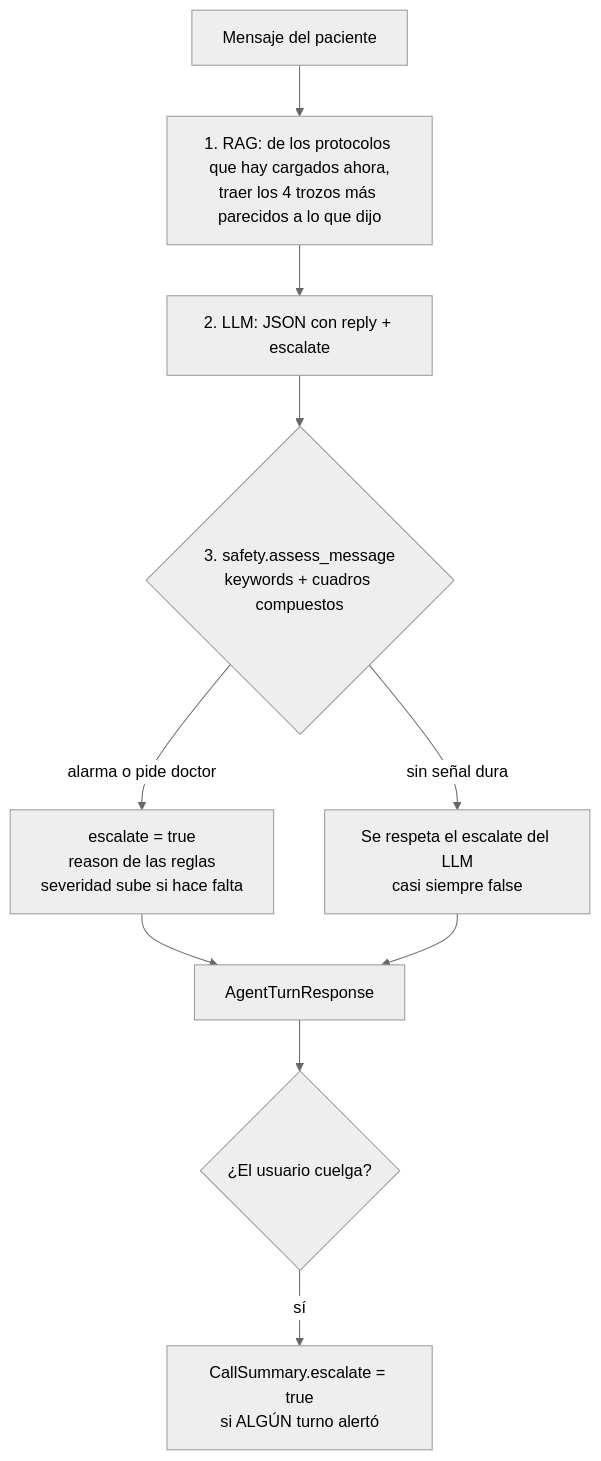
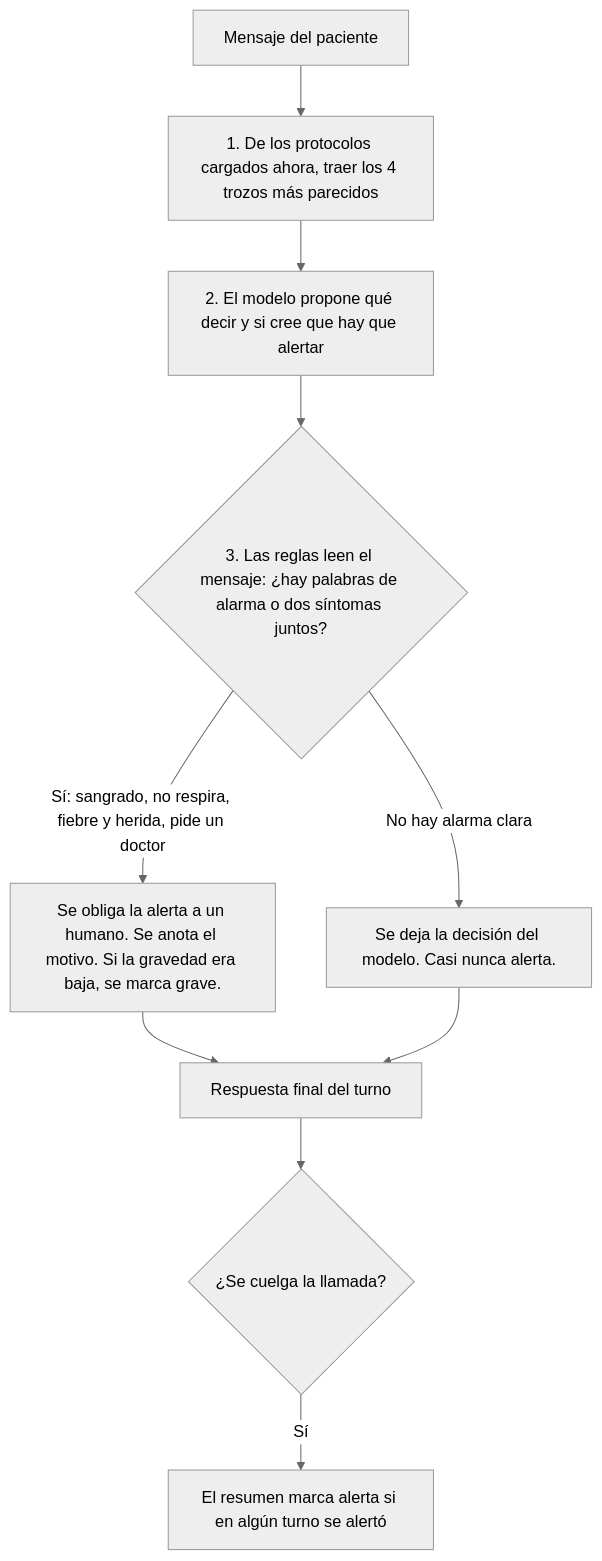
Before and after one commit to jfernand196/tech-sphere-voice-agent: the third of 6 diagrams in ARCHITECTURE.md, drawn with Mermaid (neutral theme). The commit also changed other lines of this file, not shown here.

Commit message:
Rewrite architecture diagrams in plain language.

````diff
--- a/ARCHITECTURE.md
+++ b/ARCHITECTURE.md
@@ -97,12 +106,12 @@
 ```mermaid
 flowchart TD
-  Msg["Mensaje del paciente"] --> RAG["1. RAG: de los protocolos que hay cargados ahora,<br/>traer los 4 trozos más parecidos a lo que dijo"]
-  RAG --> LLM["2. LLM: JSON con reply + escalate"]
-  LLM --> Rules{"3. safety.assess_message<br/>keywords + cuadros compuestos"}
-  Rules -->|alarma o pide doctor| Force["escalate = true<br/>reason de las reglas<br/>severidad sube si hace falta"]
-  Rules -->|sin señal dura| Keep["Se respeta el escalate del LLM<br/>casi siempre false"]
-  Force --> Out["AgentTurnResponse"]
+  Msg["Mensaje del paciente"] --> RAG["1. De los protocolos cargados ahora, traer los 4 trozos más parecidos"]
+  RAG --> LLM["2. El modelo propone qué decir y si cree que hay que alertar"]
+  LLM --> Rules{"3. Las reglas leen el mensaje: ¿hay palabras de alarma o dos síntomas juntos?"}
+  Rules -->|Sí: sangrado, no respira, fiebre y herida, pide un doctor| Force["Se obliga la alerta a un humano. Se anota el motivo. Si la gravedad era baja, se marca grave."]
+  Rules -->|No hay alarma clara| Keep["Se deja la decisión del modelo. Casi nunca alerta."]
+  Force --> Out["Respuesta final del turno"]
   Keep --> Out
-  Out --> Hang{"¿El usuario cuelga?"}
-  Hang -->|sí| Sum["CallSummary.escalate = true<br/>si ALGÚN turno alertó"]
+  Out --> Hang{"¿Se cuelga la llamada?"}
+  Hang -->|Sí| Sum["El resumen marca alerta si en algún turno se alertó"]
 ```
````
